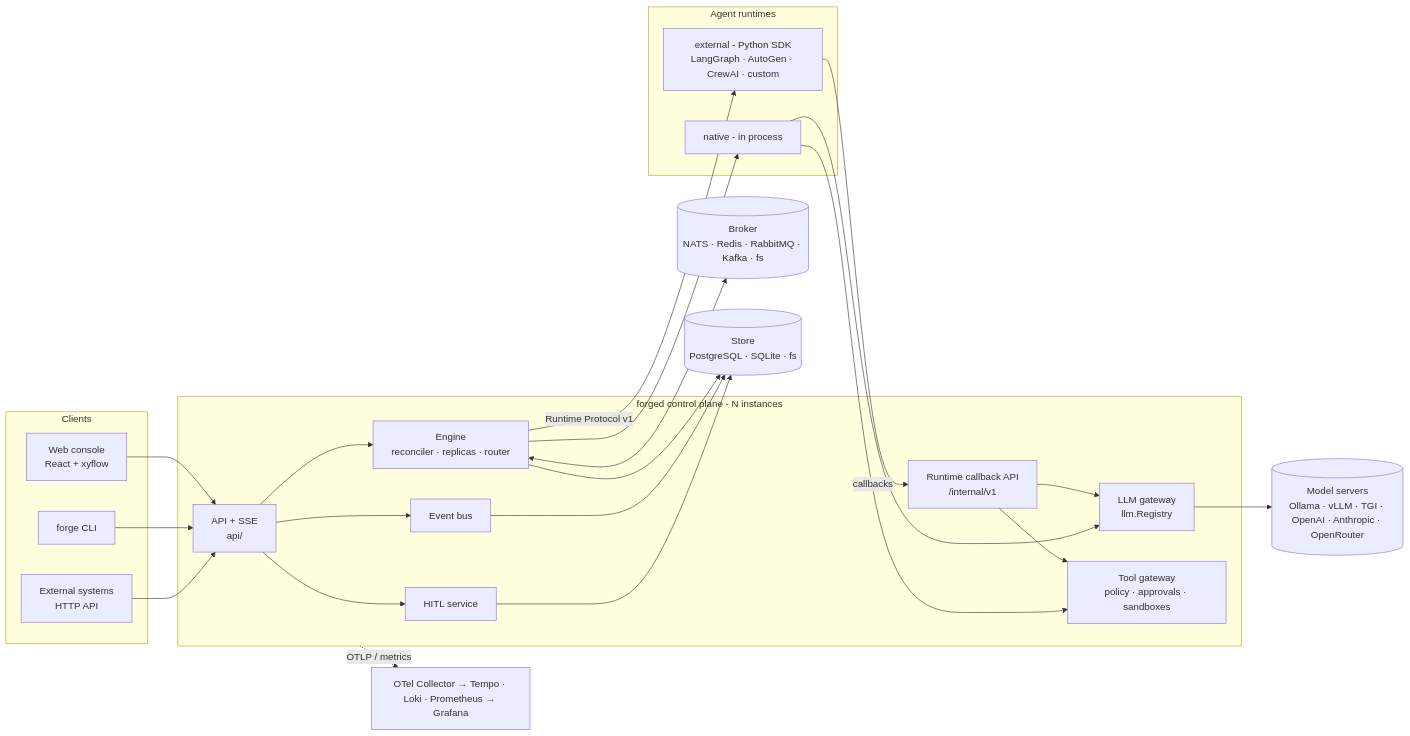
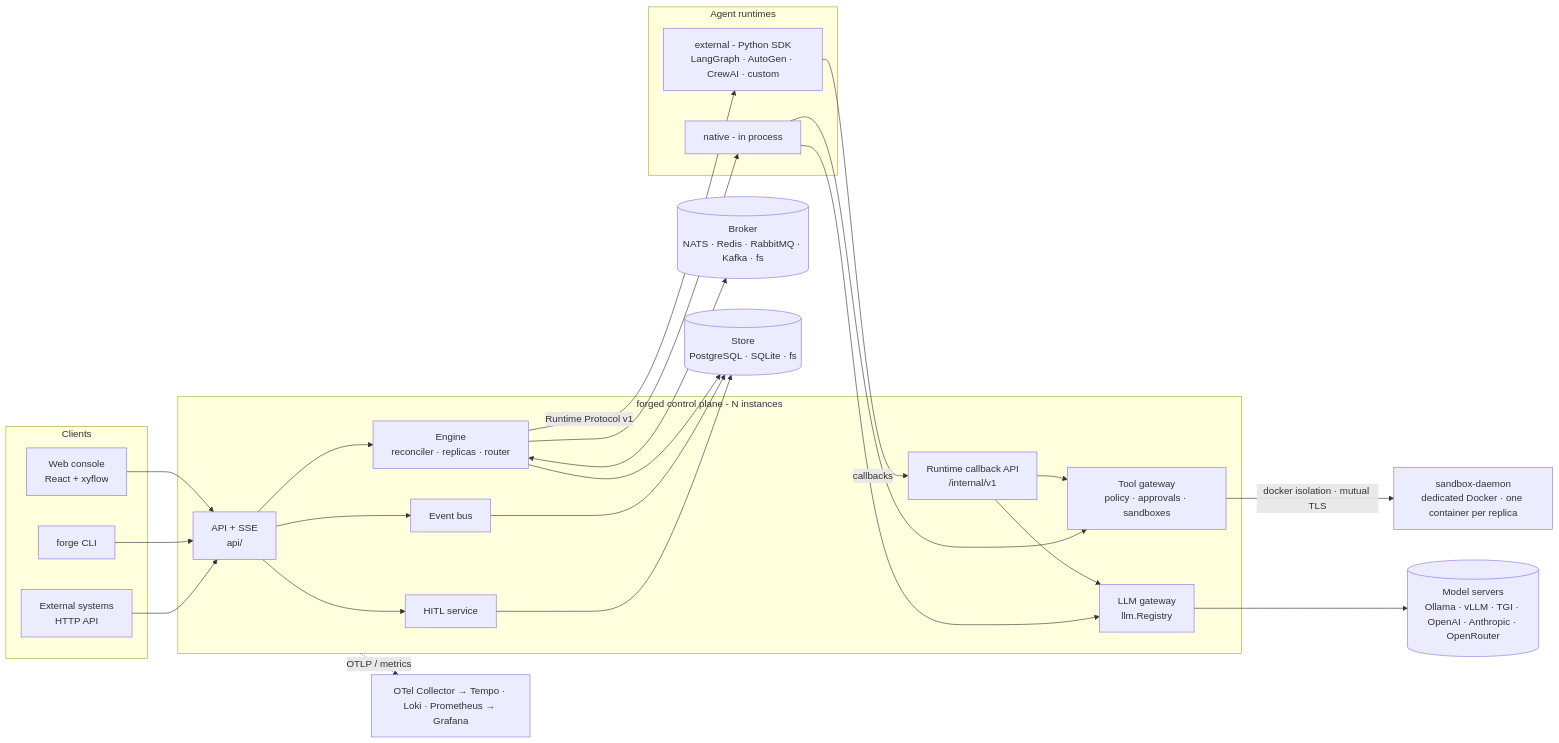
One commit to woliveiras/le-forge changed the diagram in docs/architecture.md. Above: the diagram before and after it, drawn with Mermaid. The commit also changed other lines of this file and 32 other files, not shown here.

First line of the commit message:
feat: implement dedicated Docker-in-Docker sandbox runtime

````diff
--- a/docs/architecture.md
+++ b/docs/architecture.md
@@ -97,36 +98,38 @@
 ```mermaid
 flowchart LR
   subgraph clients[Clients]
     UI[Web console<br/>React + xyflow]
     CLI[forge CLI]
     EXT[External systems<br/>HTTP API]
   end
   subgraph forged[forged control plane - N instances]
     API[API + SSE<br/>api/]
     ENG[Engine<br/>reconciler · replicas · router]
     LLMGW[LLM gateway<br/>llm.Registry]
     TOOLGW[Tool gateway<br/>policy · approvals · sandboxes]
     HITL[HITL service]
     BUS[Event bus]
     CB[Runtime callback API<br/>/internal/v1]
   end
   subgraph runtimes[Agent runtimes]
     NAT[native - in process]
     PY[external - Python SDK<br/>LangGraph · AutoGen · CrewAI · custom]
   end
   Q[(Broker<br/>NATS · Redis · RabbitMQ · Kafka · fs)]
   S[(Store<br/>PostgreSQL · SQLite · fs)]
   M[(Model servers<br/>Ollama · vLLM · TGI · OpenAI · Anthropic · OpenRouter)]
+  SBX[sandbox-daemon<br/>dedicated Docker · one container per replica]
   OBS[OTel Collector → Tempo · Loki · Prometheus → Grafana]
 
   UI & CLI & EXT --> API
   API --> ENG & HITL & BUS
   ENG <--> Q
   ENG & BUS & HITL --> S
   ENG --> NAT
   ENG -- Runtime Protocol v1 --> PY
   PY -- callbacks --> CB --> TOOLGW & LLMGW
   NAT --> TOOLGW & LLMGW
   LLMGW --> M
+  TOOLGW -- docker isolation · mutual TLS --> SBX
   forged -. OTLP / metrics .-> OBS
 ```
````
